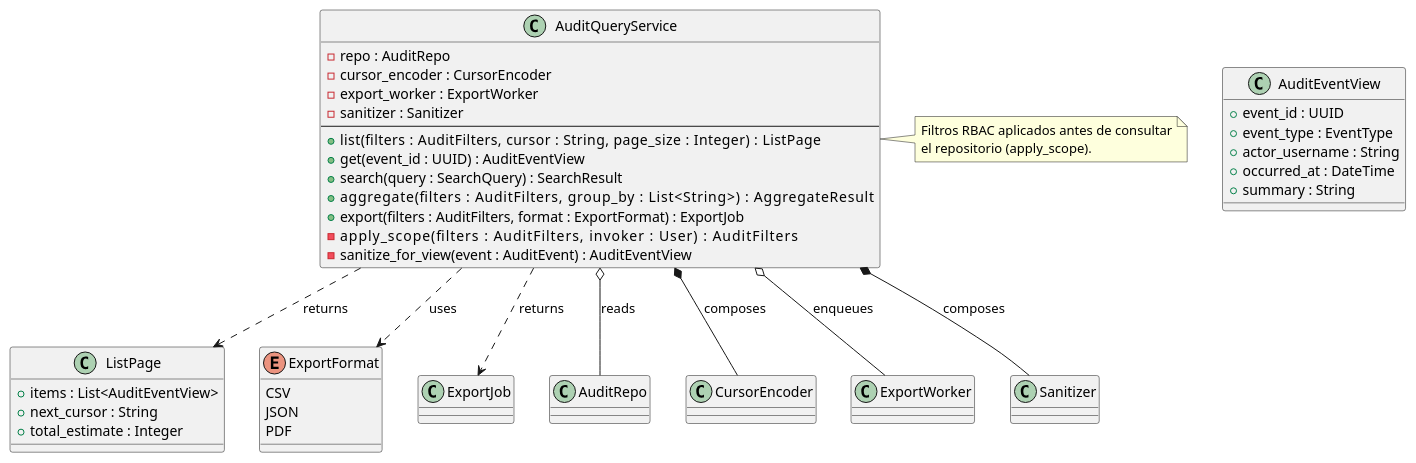
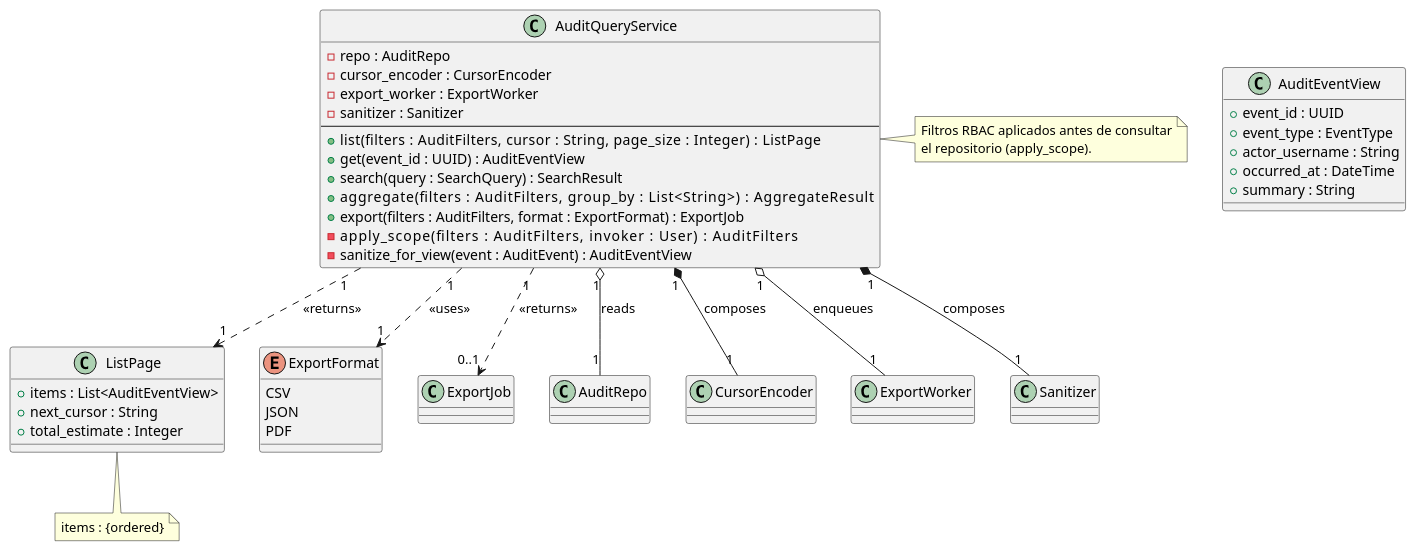
The diagram in source/arquitectura-tecnica/domain-model/audit-query-service.rst (jcg-admin/IACT-docs), drawn with PlantUML before and after one commit. The commit also changed 27 other files, not shown here.

First line of the commit message:
Apply UML rigor pass batch 2: Audit + Alerts + RBAC repos

```diff
--- a/source/arquitectura-tecnica/domain-model/audit-query-service.rst
+++ b/source/arquitectura-tecnica/domain-model/audit-query-service.rst
@@ -31,60 +31,64 @@
 .. uml::
  :caption: Clase AuditQueryService — fachada de lectura del
            almacén de auditoría con paginación cursor-based.
 
  @startuml
 
  class AuditQueryService {
    - repo : AuditRepo
    - cursor_encoder : CursorEncoder
    - export_worker : ExportWorker
    - sanitizer : Sanitizer
    --
    + list(filters : AuditFilters, cursor : String, \
           page_size : Integer) : ListPage
    + get(event_id : UUID) : AuditEventView
    + search(query : SearchQuery) : SearchResult
    + aggregate(filters : AuditFilters, \
                 group_by : List<String>) : AggregateResult
    + export(filters : AuditFilters, format : ExportFormat) : ExportJob
    - apply_scope(filters : AuditFilters, \
                   invoker : User) : AuditFilters
    - sanitize_for_view(event : AuditEvent) : AuditEventView
  }
 
  class ListPage {
    + items : List<AuditEventView>
    + next_cursor : String
    + total_estimate : Integer
  }
 
  class AuditEventView {
    + event_id : UUID
    + event_type : EventType
    + actor_username : String
    + occurred_at : DateTime
    + summary : String
  }
 
  enum ExportFormat {
    CSV
    JSON
    PDF
  }
 
  class ExportJob
 
- AuditQueryService o-- AuditRepo : reads
- AuditQueryService *-- CursorEncoder : composes
- AuditQueryService o-- ExportWorker : enqueues
- AuditQueryService *-- Sanitizer : composes
- AuditQueryService ..> ListPage : returns
- AuditQueryService ..> ExportJob : returns
- AuditQueryService ..> ExportFormat : uses
+ AuditQueryService "1" o-- "1" AuditRepo : reads
+ AuditQueryService "1" *-- "1" CursorEncoder : composes
+ AuditQueryService "1" o-- "1" ExportWorker : enqueues
+ AuditQueryService "1" *-- "1" Sanitizer : composes
+ AuditQueryService "1" ..> "1" ListPage : <<returns>>
+ AuditQueryService "1" ..> "0..1" ExportJob : <<returns>>
+ AuditQueryService "1" ..> "1" ExportFormat : <<uses>>
+
+ note bottom of ListPage
+   items : {ordered}
+ end note
 
  note right of AuditQueryService
    Filtros RBAC aplicados antes de consultar
    el repositorio (apply_scope).
  end note
 
  @enduml
```
